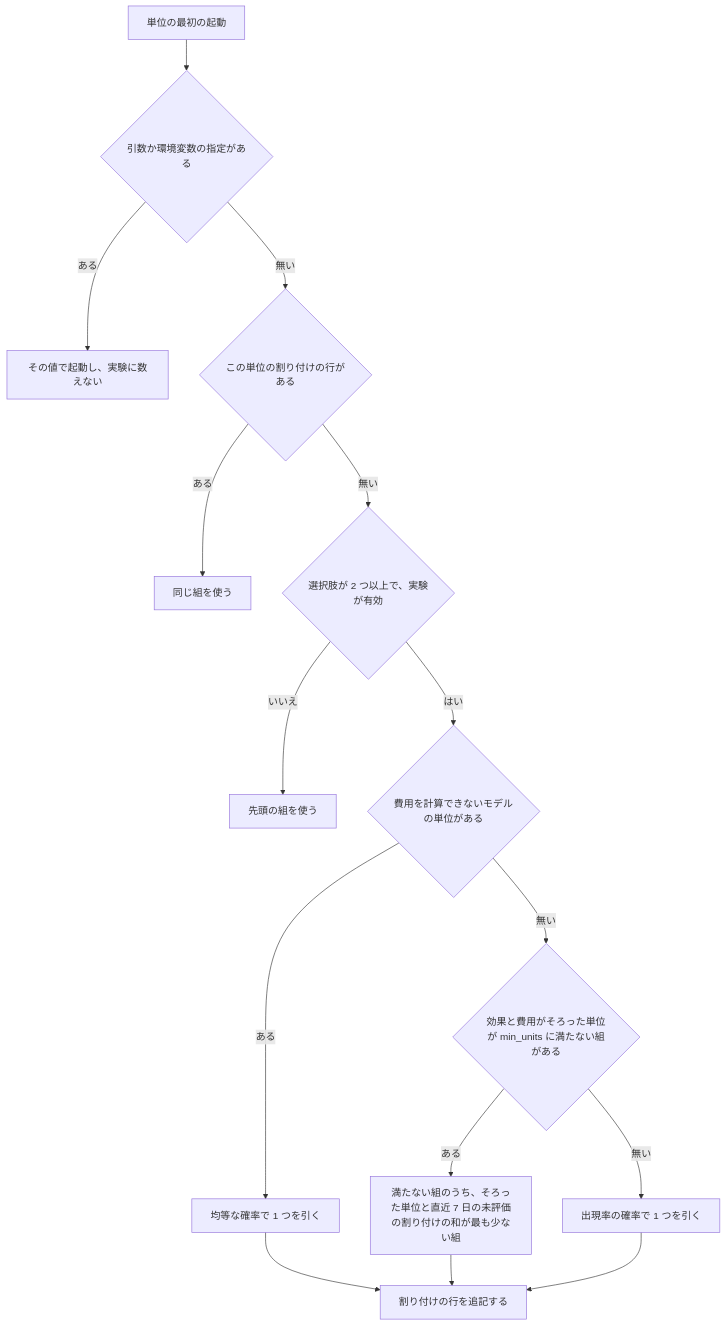
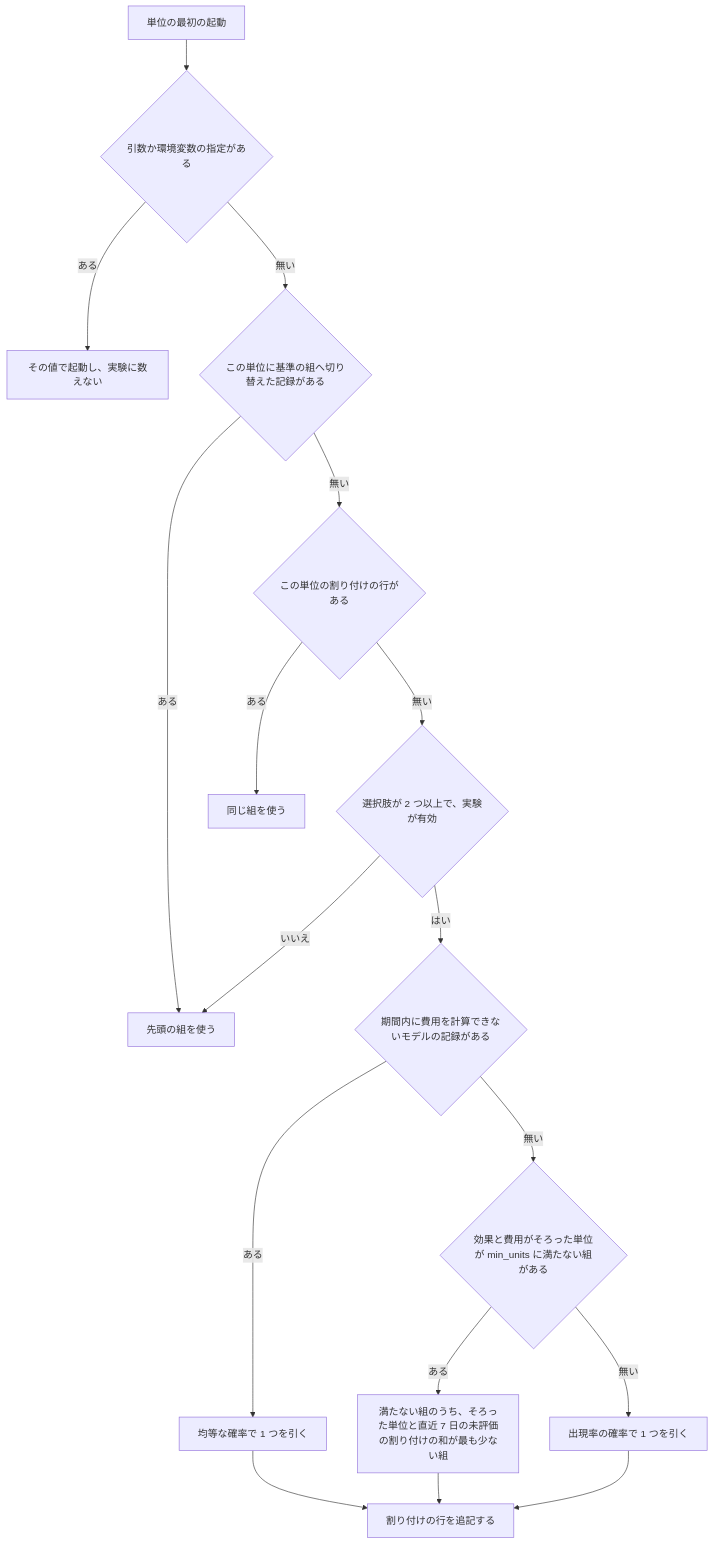
The fourth of 5 diagrams in issues/issue-2944-design.md (devbasex/ai-plugins), drawn with Mermaid before and after one commit. The commit also changed other lines of this file and 1 other file, not shown here.

````diff
--- a/issues/issue-2944-design.md
+++ b/issues/issue-2944-design.md
@@ -372,15 +372,17 @@
 ```mermaid
 graph TD
     A[単位の最初の起動] --> B{引数か環境変数の指定がある}
     B -- ある --> Z[その値で起動し、実験に数えない]
-    B -- 無い --> C{この単位の割り付けの行がある}
+    B -- 無い --> W{この単位に基準の組へ切り替えた記録がある}
+    W -- ある --> F
+    W -- 無い --> C{この単位の割り付けの行がある}
     C -- ある --> D[同じ組を使う]
     C -- 無い --> E{選択肢が 2 つ以上で、実験が有効}
     E -- いいえ --> F[先頭の組を使う]
-    E -- はい --> Y{費用を計算できないモデルの単位がある}
+    E -- はい --> Y{期間内に費用を計算できないモデルの記録がある}
     Y -- ある --> V[均等な確率で 1 つを引く]
     Y -- 無い --> G{効果と費用がそろった単位が min_units に満たない組がある}
     G -- ある --> H[満たない組のうち、そろった単位と直近 7 日の未評価の割り付けの和が最も少ない組]
     G -- 無い --> I[出現率の確率で 1 つを引く]
     V & H & I --> J[割り付けの行を追記する]
 ```
````
